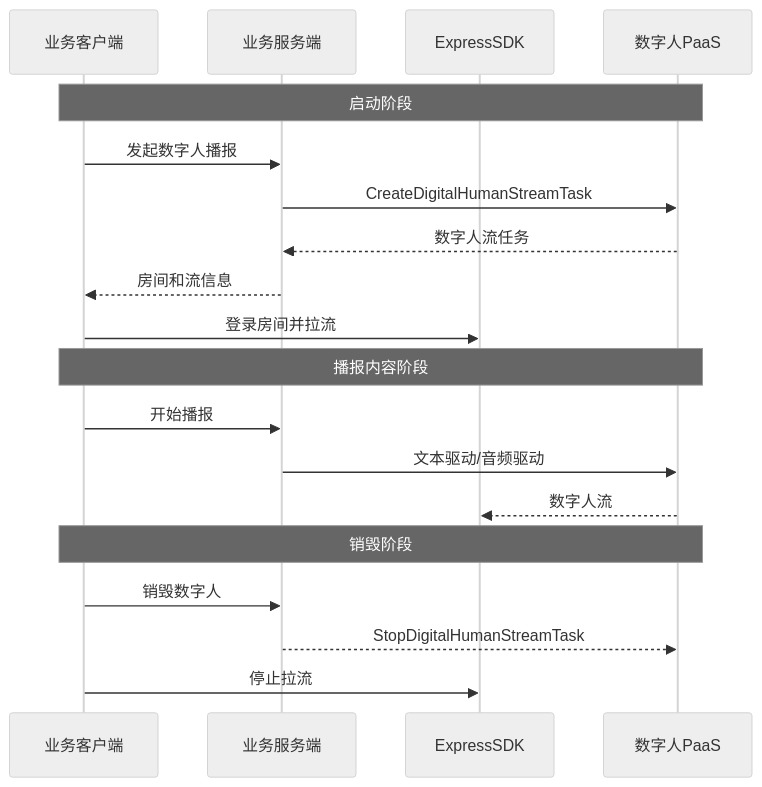
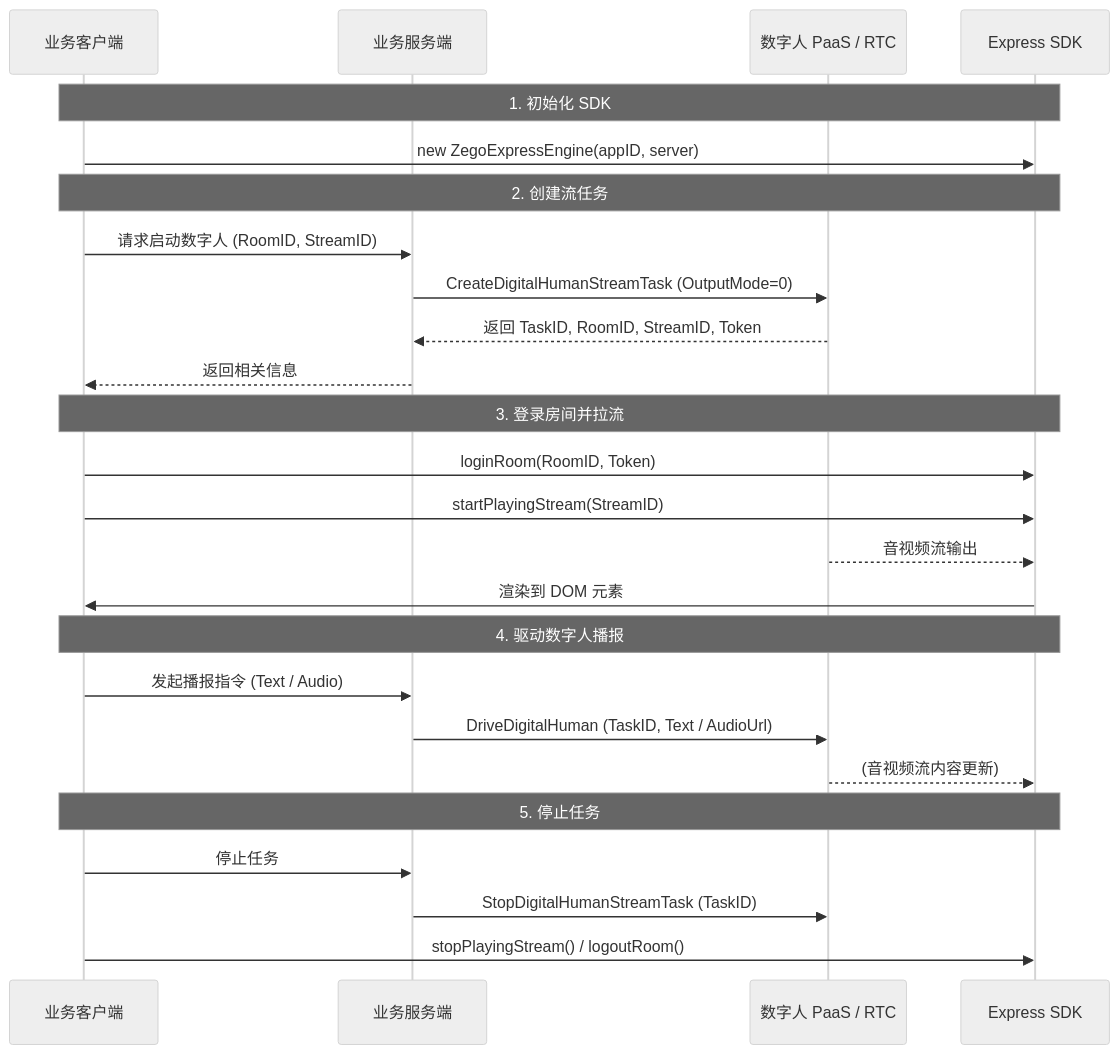
Before and after one commit to ZEGOCLOUD/docs_all: the third of 3 diagrams in core_products/digital-human/zh/android/quick-start.mdx, drawn with Mermaid (neutral theme). The commit also changed other lines of this file and 15 other files, not shown here.

````diff
--- a/core_products/digital-human/zh/android/quick-start.mdx
+++ b/core_products/digital-human/zh/android/quick-start.mdx
@@ -185,24 +166,32 @@
 ```mermaid
 sequenceDiagram
-    participant 业务客户端
-    participant 业务服务端
-    participant ExpressSDK
-    participant 数字人PaaS
+    participant Client as 业务客户端
+    participant Server as 业务服务端
+    participant PaaS as 数字人 PaaS / RTC
+    participant Express as Express SDK
 
-    Note over 业务客户端,数字人PaaS: 启动阶段
-    业务客户端->>业务服务端: 发起数字人播报
-    业务服务端->>数字人PaaS: CreateDigitalHumanStreamTask
-    数字人PaaS-->>业务服务端: 数字人流任务
-    业务服务端-->>业务客户端: 房间和流信息
-    业务客户端->>ExpressSDK: 登录房间并拉流
+    Note over Client, Express: 1. 初始化 SDK
+    Client->>Express: new ZegoExpressEngine(appID, server)
 
-    Note over 业务客户端,数字人PaaS: 播报内容阶段
-    业务客户端->>业务服务端: 开始播报
-    业务服务端->>数字人PaaS: 文本驱动/音频驱动
-    数字人PaaS-->>ExpressSDK: 数字人流
+    Note over Client, Express: 2. 创建流任务
+    Client->>Server: 请求启动数字人 (RoomID, StreamID)
+    Server->>PaaS: CreateDigitalHumanStreamTask (OutputMode=0)
+    PaaS-->>Server: 返回 TaskID, RoomID, StreamID, Token
+    Server-->>Client: 返回相关信息
 
-    Note over 业务客户端,数字人PaaS: 销毁阶段
-    业务客户端->>业务服务端: 销毁数字人
-    业务服务端-->>数字人PaaS: StopDigitalHumanStreamTask
-    业务客户端->>ExpressSDK: 停止拉流
+    Note over Client, Express: 3. 登录房间并拉流
+    Client->>Express: loginRoom(RoomID, Token)
+    Client->>Express: startPlayingStream(StreamID)
+    PaaS-->>Express: 音视频流输出
+    Express->>Client: 渲染到 DOM 元素
+
+    Note over Client, Express: 4. 驱动数字人播报
+    Client->>Server: 发起播报指令 (Text / Audio)
+    Server->>PaaS: DriveDigitalHuman (TaskID, Text / AudioUrl)
+    PaaS-->>Express: (音视频流内容更新)
+
+    Note over Client, Express: 5. 停止任务
+    Client->>Server: 停止任务
+    Server->>PaaS: StopDigitalHumanStreamTask (TaskID)
+    Client->>Express: stopPlayingStream() / logoutRoom()
 ```
````
